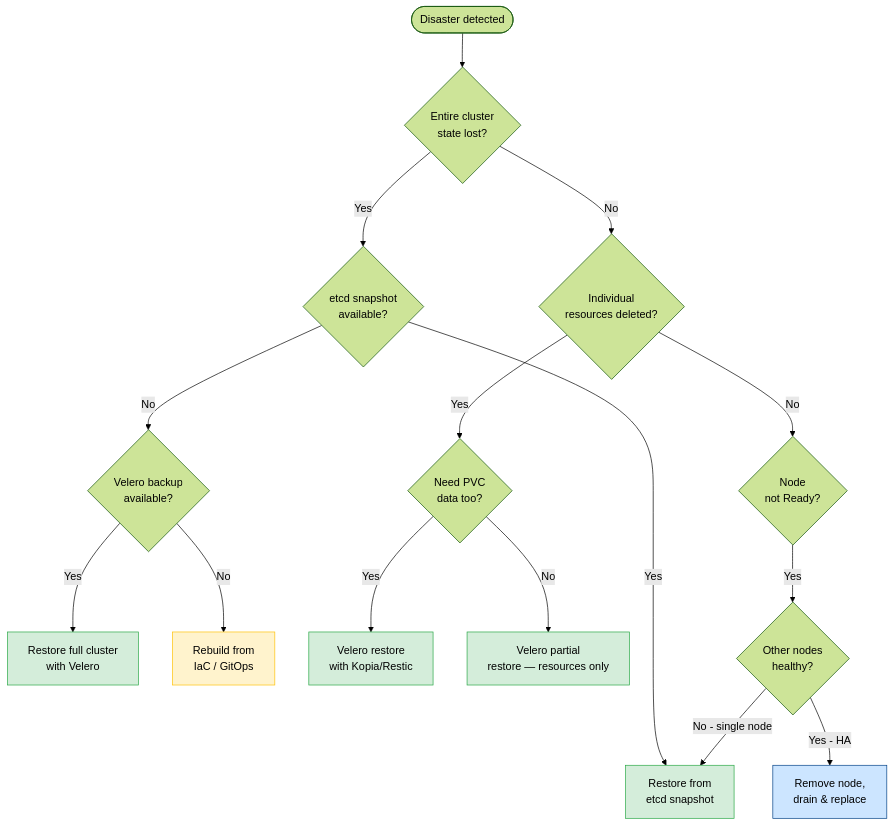
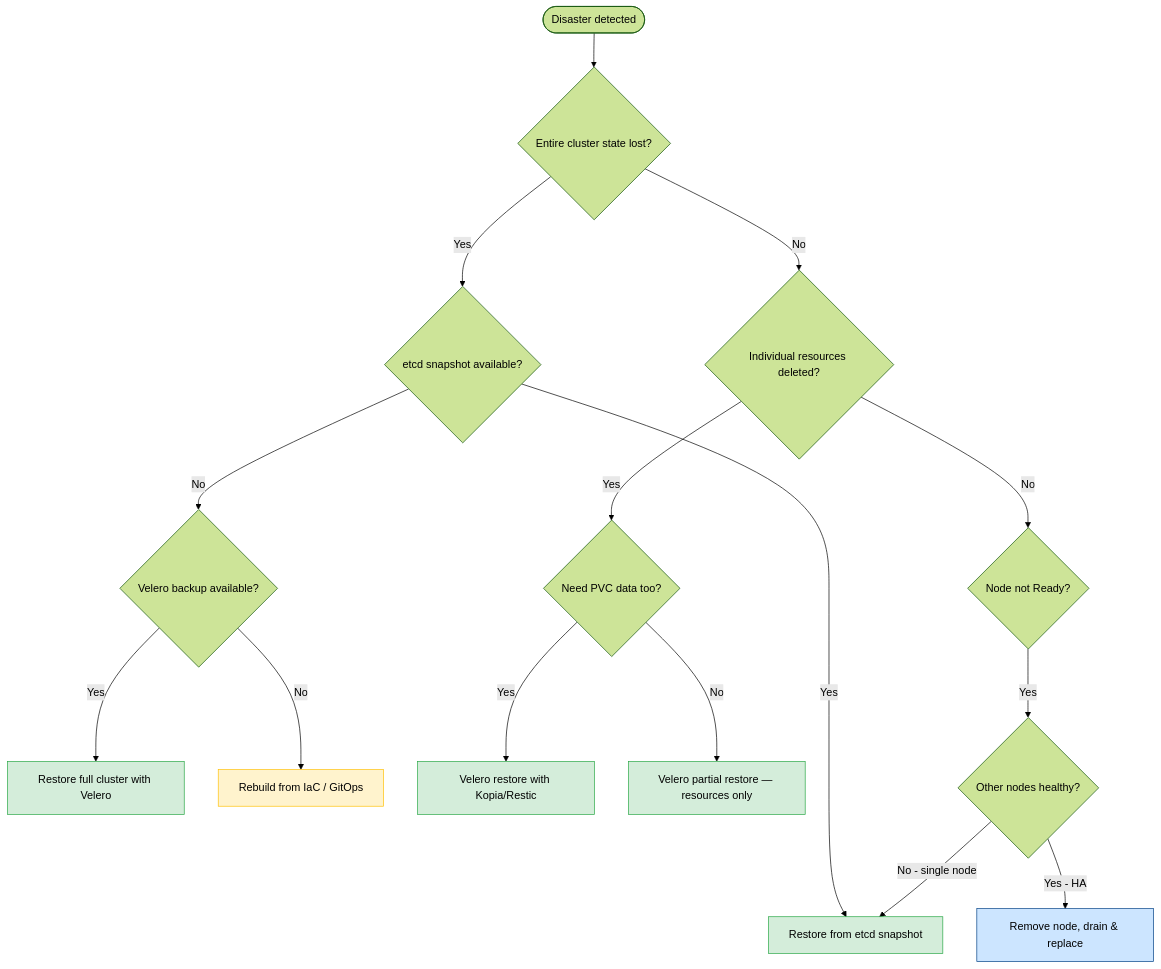
Before and after one commit to UncleJS/course_k3s: the first of 2 diagrams in 13_backup_and_dr/03_cluster_restore.md, drawn with Mermaid (forest theme). The commit also changed other lines of this file and 57 other files, not shown here.

````diff
--- a/13_backup_and_dr/03_cluster_restore.md
+++ b/13_backup_and_dr/03_cluster_restore.md
@@ -36,30 +36,30 @@
 ```mermaid
 flowchart TD
-    START([Disaster detected]) --> Q1{Entire cluster\nstate lost?}
+    START([Disaster detected]) --> Q1{Entire cluster state lost?}
 
-    Q1 -->|Yes| Q2{etcd snapshot\navailable?}
-    Q1 -->|No| Q3{Individual\nresources deleted?}
+    Q1 -->|Yes| Q2{etcd snapshot available?}
+    Q1 -->|No| Q3{Individual resources deleted?}
 
-    Q2 -->|Yes| R1[Restore from\netcd snapshot]
-    Q2 -->|No| Q4{Velero backup\navailable?}
+    Q2 -->|Yes| R1[Restore from etcd snapshot]
+    Q2 -->|No| Q4{Velero backup available?}
 
-    Q4 -->|Yes| R2[Restore full cluster\nwith Velero]
-    Q4 -->|No| R3[Rebuild from\nIaC / GitOps]
+    Q4 -->|Yes| R2[Restore full cluster with Velero]
+    Q4 -->|No| R3[Rebuild from IaC / GitOps]
 
-    Q3 -->|Yes| Q5{Need PVC\ndata too?}
-    Q3 -->|No| Q6{Node\nnot Ready?}
+    Q3 -->|Yes| Q5{Need PVC data too?}
+    Q3 -->|No| Q6{Node not Ready?}
 
-    Q5 -->|Yes| R4[Velero restore\nwith Kopia/Restic]
-    Q5 -->|No| R5[Velero partial\nrestore — resources only]
+    Q5 -->|Yes| R4[Velero restore with Kopia/Restic]
+    Q5 -->|No| R5[Velero partial restore — resources only]
 
-    Q6 -->|Yes| Q7{Other nodes\nhealthy?}
-    Q7 -->|Yes - HA| R6[Remove node,\ndrain & replace]
+    Q6 -->|Yes| Q7{Other nodes healthy?}
+    Q7 -->|Yes - HA| R6[Remove node, drain & replace]
     Q7 -->|No - single node| R1
 
     style R1 fill:#d4edda,stroke:#28a745
     style R2 fill:#d4edda,stroke:#28a745
     style R3 fill:#fff3cd,stroke:#ffc107
     style R4 fill:#d4edda,stroke:#28a745
     style R5 fill:#d4edda,stroke:#28a745
     style R6 fill:#cce5ff,stroke:#004085
 ```
````
